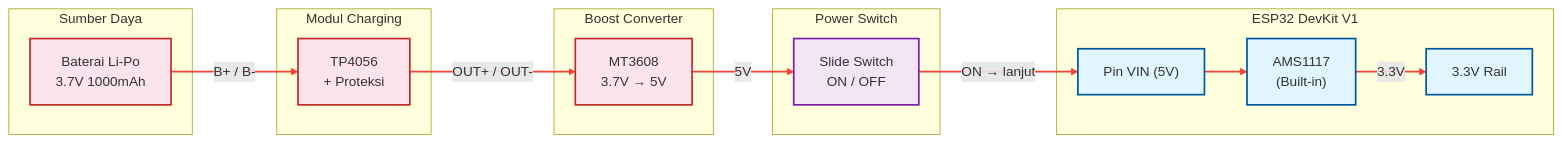
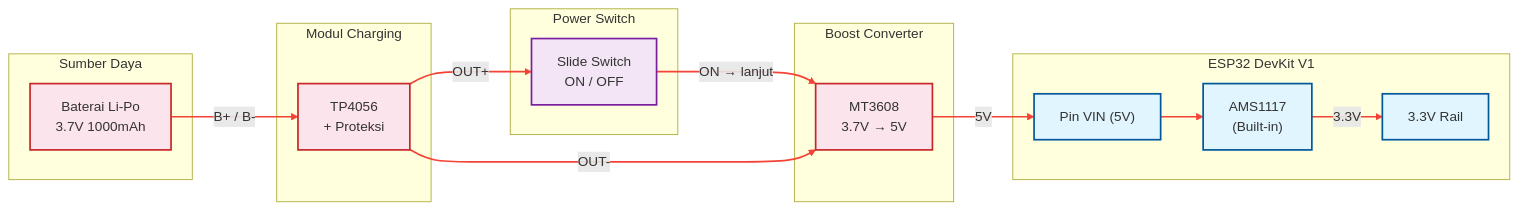
Before and after one commit to aan-andiyanaS/VNetra-Lite: the fifth of 6 diagrams in firmware-vnetra/wiring-diagram.md, drawn with Mermaid. The commit also changed other lines of this file, not shown here.

Commit message:
docs: Update wiring diagram to place power switch before step-up module

````diff
--- a/firmware-vnetra/wiring-diagram.md
+++ b/firmware-vnetra/wiring-diagram.md
@@ -218,40 +218,41 @@
 ```mermaid
 flowchart LR
     subgraph BATERAI ["Sumber Daya"]
         LIPO["Baterai Li-Po<br/>3.7V 1000mAh"]
     end
 
     subgraph CHARGING ["Modul Charging"]
         TP4056["TP4056<br/>+ Proteksi"]
     end
 
+    subgraph SWITCH_BOX ["Power Switch"]
+        SW["Slide Switch<br/>ON / OFF"]
+    end
+
     subgraph BOOST ["Boost Converter"]
         MT3608["MT3608<br/>3.7V → 5V"]
-    end
-
-    subgraph SWITCH_BOX ["Power Switch"]
-        SW["Slide Switch<br/>ON / OFF"]
     end
 
     subgraph ESP32 ["ESP32 DevKit V1"]
         PIN5V["Pin VIN (5V)"]
         AMS["AMS1117<br/>(Built-in)"]
         P3V3["3.3V Rail"]
     end
 
     LIPO -->|"B+ / B-"| TP4056
-    TP4056 -->|"OUT+ / OUT-"| MT3608
-    MT3608 -->|"5V"| SW
-    SW -->|"ON → lanjut"| PIN5V
+    TP4056 -->|"OUT+"| SW
+    SW -->|"ON → lanjut"| MT3608
+    TP4056 -->|"OUT-"| MT3608
+    MT3608 -->|"5V"| PIN5V
     PIN5V --> AMS
     AMS -->|"3.3V"| P3V3
 
     classDef power fill:#fce4ec,stroke:#c62828,stroke-width:2px;
     classDef sw fill:#f3e5f5,stroke:#7b1fa2,stroke-width:2px;
     classDef mcu fill:#e1f5fe,stroke:#01579b,stroke-width:2px;
     class LIPO,TP4056,MT3608 power;
     class SW sw;
     class PIN5V,AMS,P3V3 mcu;
 
-    linkStyle 0,1,2,3,4,5 stroke:#f44336,stroke-width:2px;
+    linkStyle 0,1,2,3,4,5,6 stroke:#f44336,stroke-width:2px;
 ```
````
